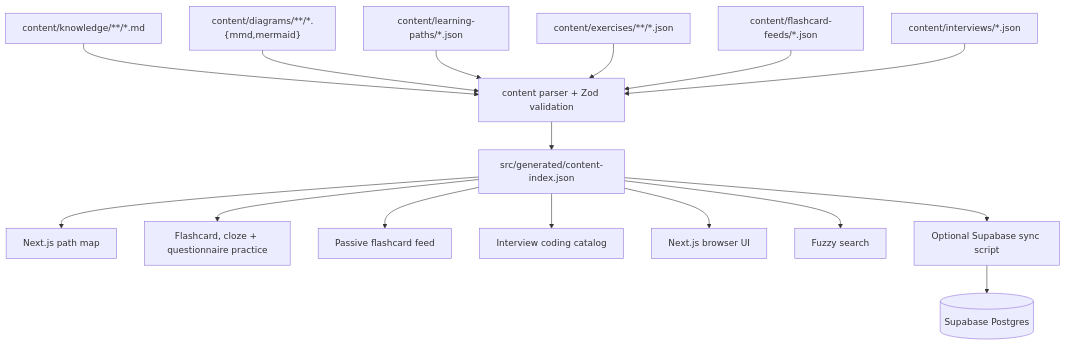
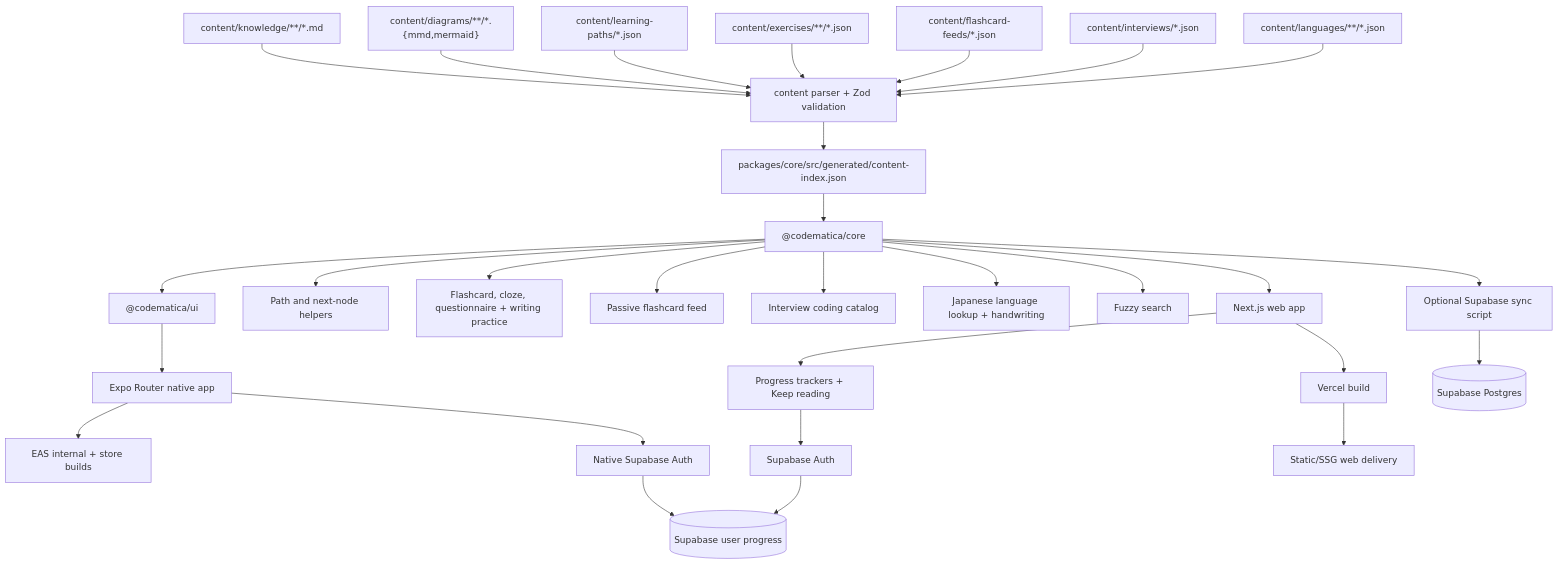
Before and after one commit to dano-gutierrez/codematica: the diagram in docs/engineering-overview.md, drawn with Mermaid. The commit also changed other lines of this file and 240 other files, not shown here.

Commit message:
Add native app publishing setup and subscription plan (#2)

````diff
--- a/docs/engineering-overview.md
+++ b/docs/engineering-overview.md
@@ -23,18 +33,31 @@
 ```mermaid
 flowchart TD
   MD["content/knowledge/**/*.md"] --> Parser["content parser + Zod validation"]
   MMD["content/diagrams/**/*.{mmd,mermaid}"] --> Parser
   PATHS["content/learning-paths/*.json"] --> Parser
   EX["content/exercises/**/*.json"] --> Parser
   FEEDS["content/flashcard-feeds/*.json"] --> Parser
   IV["content/interviews/*.json"] --> Parser
-  Parser --> Index["src/generated/content-index.json"]
-  Index --> Paths["Next.js path map"]
-  Index --> Practice["Flashcard, cloze + questionnaire practice"]
-  Index --> Passive["Passive flashcard feed"]
-  Index --> Interviews["Interview coding catalog"]
-  Index --> Browser["Next.js browser UI"]
-  Index --> Search["Fuzzy search"]
-  Index --> Sync["Optional Supabase sync script"]
+  LANG["content/languages/**/*.json"] --> Parser
+  Parser --> Index["packages/core/src/generated/content-index.json"]
+  Index --> Core["@codematica/core"]
+  Core --> SharedUI["@codematica/ui"]
+  Core --> Paths["Path and next-node helpers"]
+  Core --> Practice["Flashcard, cloze, questionnaire + writing practice"]
+  Core --> Passive["Passive flashcard feed"]
+  Core --> Interviews["Interview coding catalog"]
+  Core --> Languages["Japanese language lookup + handwriting"]
+  Core --> Search["Fuzzy search"]
+  SharedUI --> Native["Expo Router native app"]
+  Core --> Web["Next.js web app"]
+  Web --> ProgressUI["Progress trackers + Keep reading"]
+  Web --> Vercel["Vercel build"]
+  Vercel --> CDN["Static/SSG web delivery"]
+  Native --> EAS["EAS internal + store builds"]
+  Core --> Sync["Optional Supabase sync script"]
   Sync --> DB[("Supabase Postgres")]
+  ProgressUI --> Auth["Supabase Auth"]
+  Native --> NativeAuth["Native Supabase Auth"]
+  Auth --> UserDB[("Supabase user progress")]
+  NativeAuth --> UserDB
 ```
````
